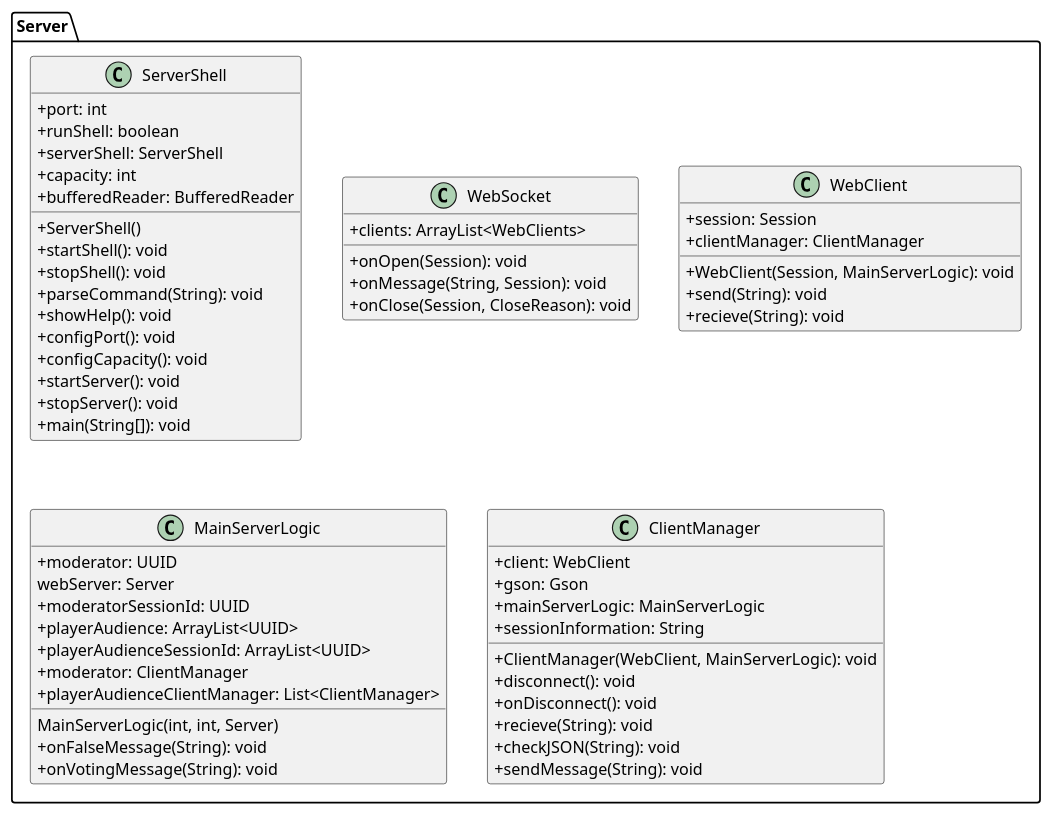
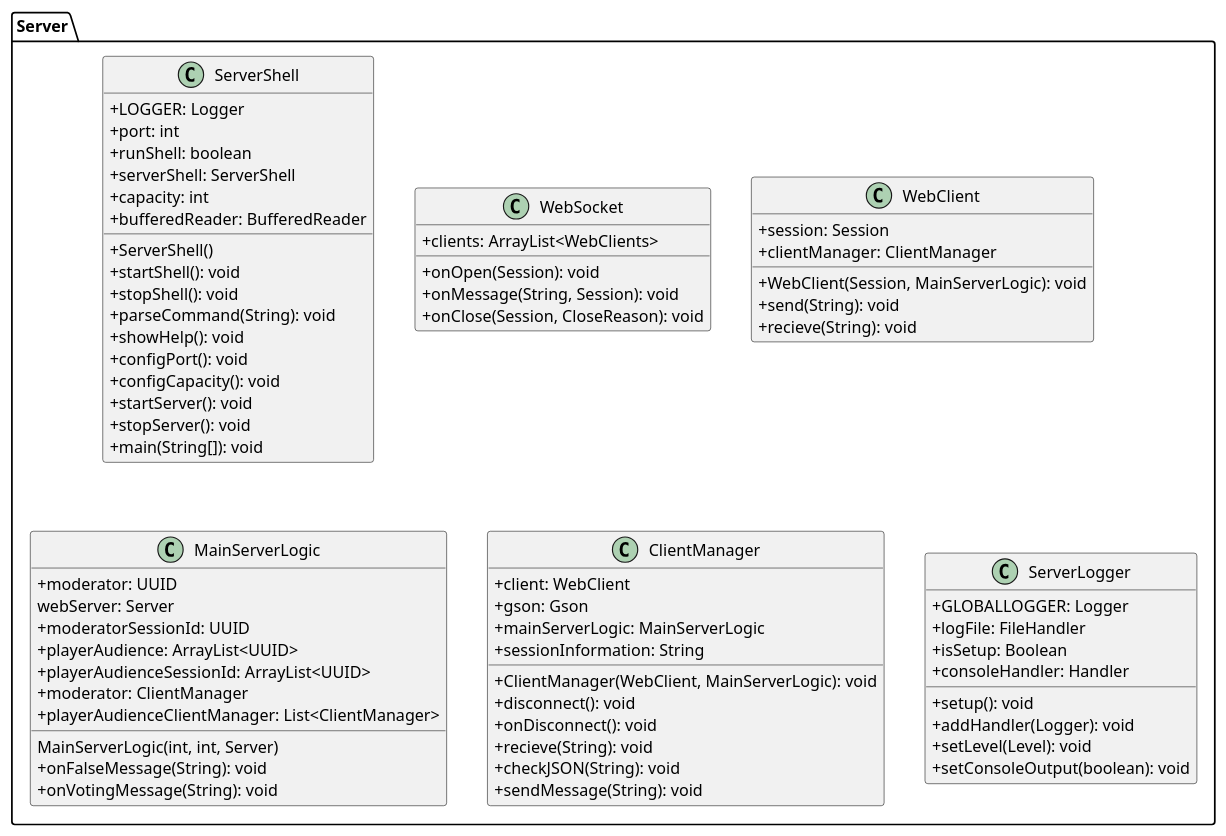
The diagram in Docs/Technical Specifications/docs/diagrams/ServerClassDiagram.puml (Brotenko/QualityQuest), drawn with PlantUML before and after one commit.

Commit message:
Added class ServerLogger.

```diff
--- a/Docs/Technical Specifications/docs/diagrams/ServerClassDiagram.puml
+++ b/Docs/Technical Specifications/docs/diagrams/ServerClassDiagram.puml
@@ -1,64 +1,76 @@
 @startuml
 
 skinparam classAttributeIconSize 0
 
 package "Server" {
 class ServerShell {
+    {field} +LOGGER: Logger
     {field} +port: int
     {field} +runShell: boolean
     {field} +serverShell: ServerShell
     {field} +capacity: int
     {field} +bufferedReader: BufferedReader
     {method} +ServerShell()
     {method} +startShell(): void
     {method} +stopShell(): void
     {method} +parseCommand(String): void
     {method} +showHelp(): void
     {method} +configPort(): void
     {method} +configCapacity(): void
     {method} +startServer(): void
     {method} +stopServer(): void
     {method} +main(String[]): void
   }
 class WebSocket {
     {field} +clients: ArrayList<WebClients>
     {method} +onOpen(Session): void
     {method} +onMessage(String, Session): void
     {method} +onClose(Session, CloseReason): void
 
 }
 class WebClient {
     {field} +session: Session
     {field} +clientManager: ClientManager
     {method} +WebClient(Session, MainServerLogic): void
     {method} +send(String): void
     {method} +recieve(String): void
 }
 class MainServerLogic {
     {field} +moderator: UUID
     {field} webServer: Server
     {field} +moderatorSessionId: UUID
     {field} +playerAudience: ArrayList<UUID>
     {field} +playerAudienceSessionId: ArrayList<UUID>
     {field} +moderator: ClientManager
     {field} +playerAudienceClientManager: List<ClientManager>
     {method} MainServerLogic(int, int, Server)
     {method} +onFalseMessage(String): void
     {method} +onVotingMessage(String): void
 
 }
 class ClientManager {
     {field} +client: WebClient
     {field} +gson: Gson
     {field} +mainServerLogic: MainServerLogic
     {field} +sessionInformation: String
     {method} +ClientManager(WebClient, MainServerLogic): void
     {method} +disconnect(): void
     {method} +onDisconnect(): void
     {method} +recieve(String): void
     {method} +checkJSON(String): void
     {method} +sendMessage(String): void
 }
+
+class ServerLogger {
+    {field} +GLOBALLOGGER: Logger
+    {field} +logFile: FileHandler
+    {field} +isSetup: Boolean
+    {field} +consoleHandler: Handler
+    {method} +setup(): void
+    {method} +addHandler(Logger): void
+    {method} +setLevel(Level): void
+    {method} +setConsoleOutput(boolean): void
+}
 }
 
 @enduml
```
